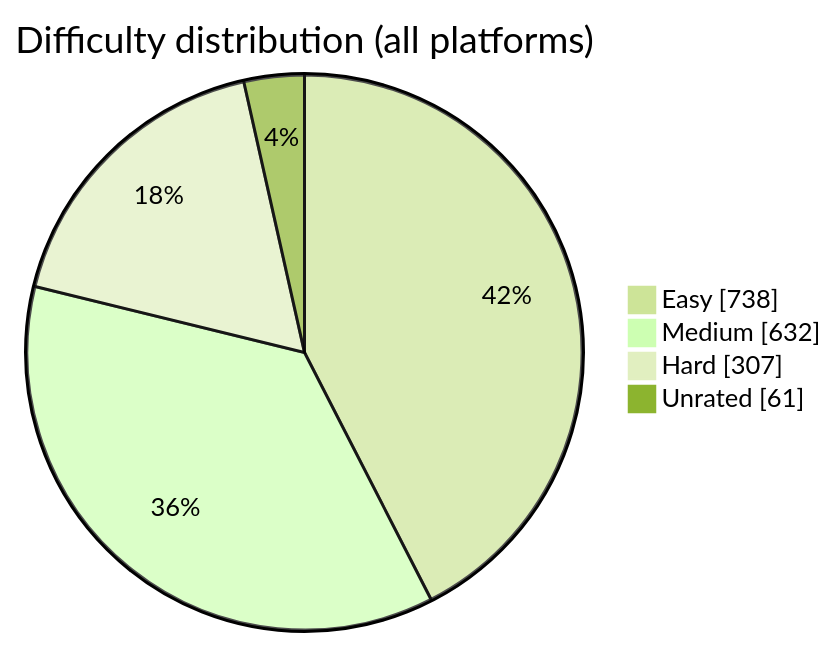
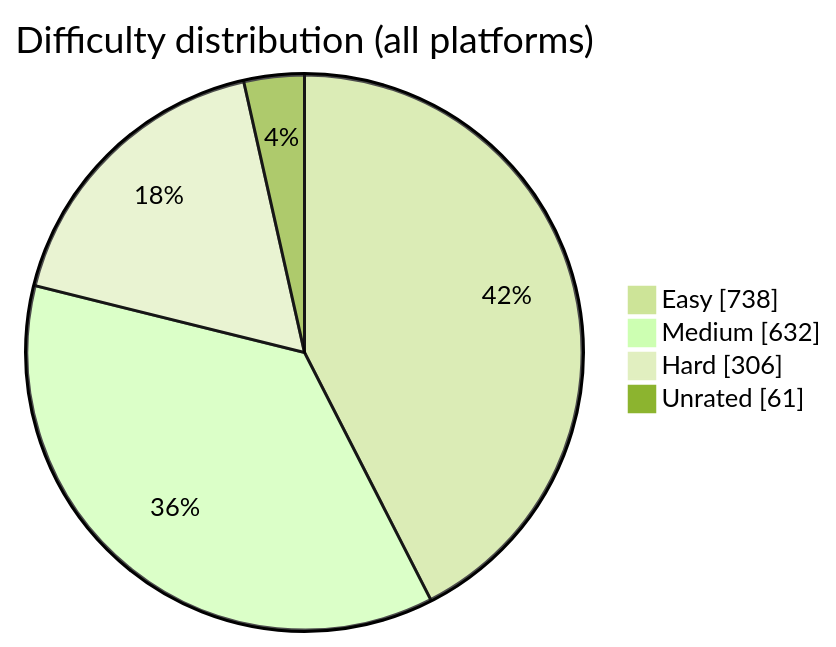
One commit to BuildbyArindam/Daily-Coding-Log changed the diagram in README.md. Above: the diagram before and after it, drawn with Mermaid (forest theme). The commit also changed other lines of this file, not shown here.

````diff
--- a/README.md
+++ b/README.md
@@ -93,7 +93,7 @@
 ```mermaid
 pie showData title Difficulty distribution (all platforms)
     "Easy" : 738
     "Medium" : 632
-    "Hard" : 307
+    "Hard" : 306
     "Unrated" : 61
 ```
````
